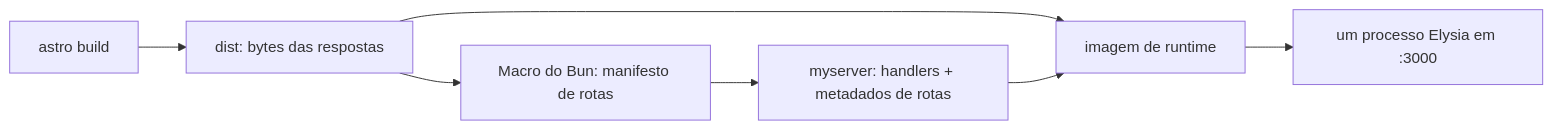
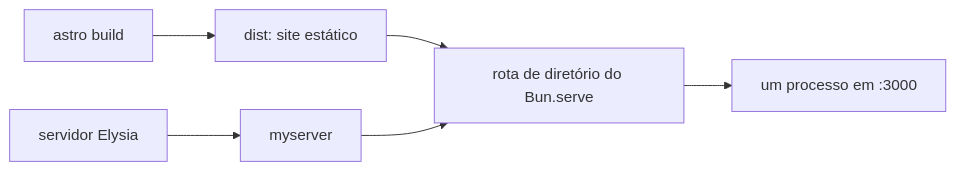
One commit to ErickCReis/ErickCReis changed the diagram in web/content/blog/shipping-astro-from-a-bun-server.pt-BR.mdx. Above: the diagram before and after it, drawn with Mermaid. The commit also changed other lines of this file and 8 other files, not shown here.

First line of the commit message:
Upgrade Bun and refresh server asset handling

````diff
--- a/web/content/blog/shipping-astro-from-a-bun-server.pt-BR.mdx
+++ b/web/content/blog/shipping-astro-from-a-bun-server.pt-BR.mdx
@@ -10,9 +10,8 @@
 ```mermaid center
 flowchart LR
-  Astro["astro build"] --> Dist["dist: bytes das respostas"]
-  Dist --> Macro["Macro do Bun: manifesto de rotas"]
-  Macro --> Binary["myserver: handlers + metadados de rotas"]
-  Dist --> Image["imagem de runtime"]
-  Binary --> Image
-  Image --> Elysia["um processo Elysia em :3000"]
+  Astro["astro build"] --> Dist["dist: site estático"]
+  Server["servidor Elysia"] --> Binary["myserver"]
+  Dist --> Directory["rota de diretório do Bun.serve"]
+  Binary --> Directory
+  Directory --> Process["um processo em :3000"]
 ```
````
